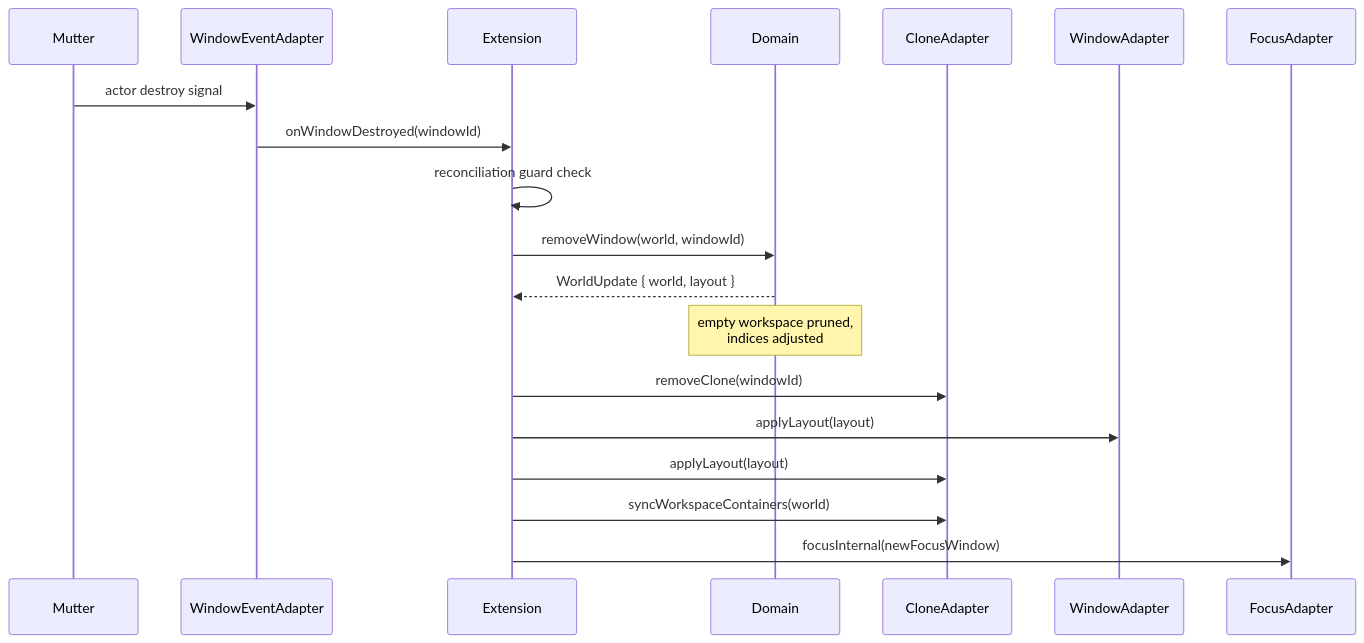
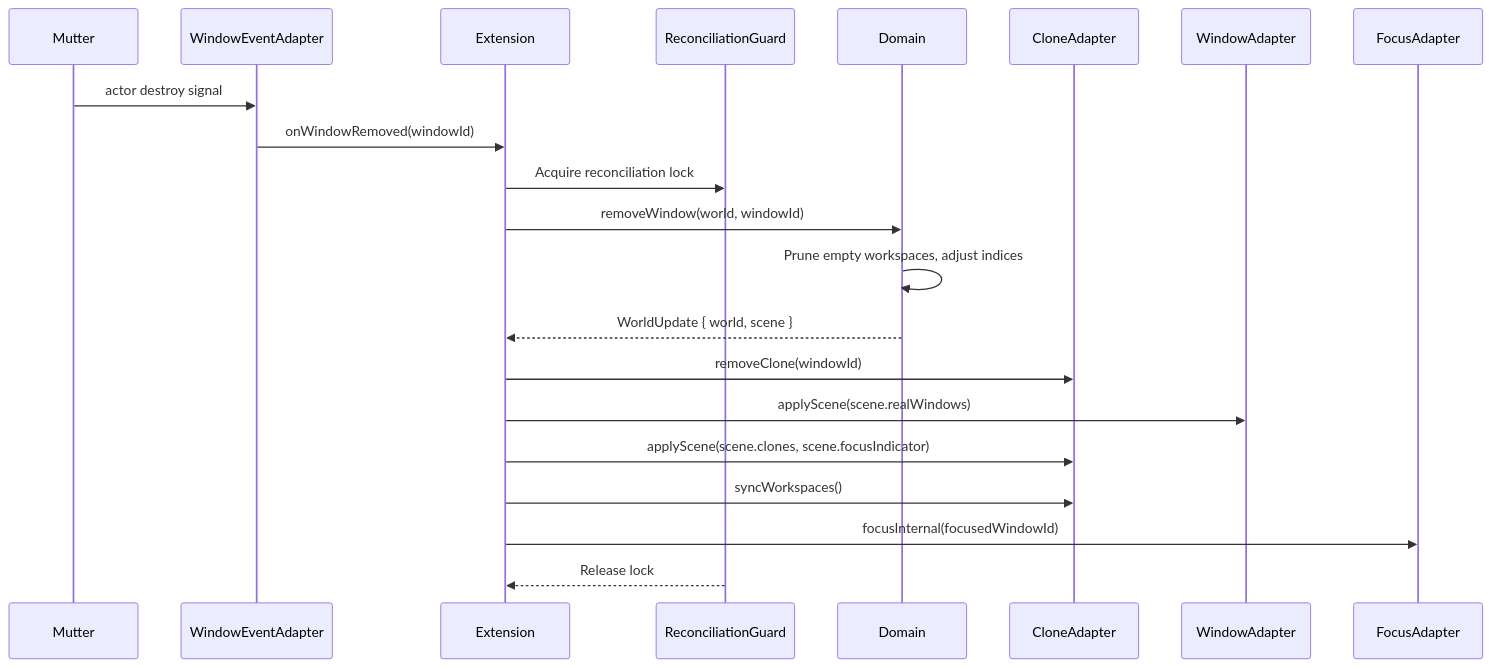
Before and after one commit to notiriel/kestrel: the ninth of 9 diagrams in docs/architecture.md, drawn with Mermaid. The commit also changed other lines of this file and 8 other files, not shown here.

First line of the commit message:
Eliminate LayoutState intermediate type, inline layout into scene computation

````diff
--- a/docs/architecture.md
+++ b/docs/architecture.md
@@ -441,22 +523,24 @@
 ```mermaid
 sequenceDiagram
     participant Mutter
     participant WEA as WindowEventAdapter
     participant Ext as Extension
+    participant Guard as ReconciliationGuard
     participant Domain
     participant Clone as CloneAdapter
-    participant WinA as WindowAdapter
+    participant WinAdapt as WindowAdapter
     participant Focus as FocusAdapter
 
     Mutter->>WEA: actor destroy signal
-    WEA->>Ext: onWindowDestroyed(windowId)
-    Ext->>Ext: reconciliation guard check
+    WEA->>Ext: onWindowRemoved(windowId)
+    Ext->>Guard: Acquire reconciliation lock
     Ext->>Domain: removeWindow(world, windowId)
-    Domain-->>Ext: WorldUpdate { world, layout }
-    Note over Domain: empty workspace pruned,<br/>indices adjusted
+    Domain->>Domain: Prune empty workspaces, adjust indices
+    Domain-->>Ext: WorldUpdate { world, scene }
     Ext->>Clone: removeClone(windowId)
-    Ext->>WinA: applyLayout(layout)
-    Ext->>Clone: applyLayout(layout)
-    Ext->>Clone: syncWorkspaceContainers(world)
-    Ext->>Focus: focusInternal(newFocusWindow)
+    Ext->>WinAdapt: applyScene(scene.realWindows)
+    Ext->>Clone: applyScene(scene.clones, scene.focusIndicator)
+    Ext->>Clone: syncWorkspaces()
+    Ext->>Focus: focusInternal(focusedWindowId)
+    Guard-->>Ext: Release lock
 ```
````
